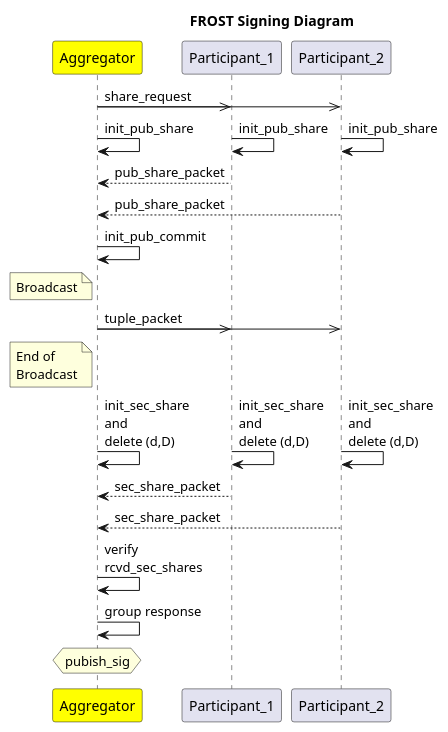
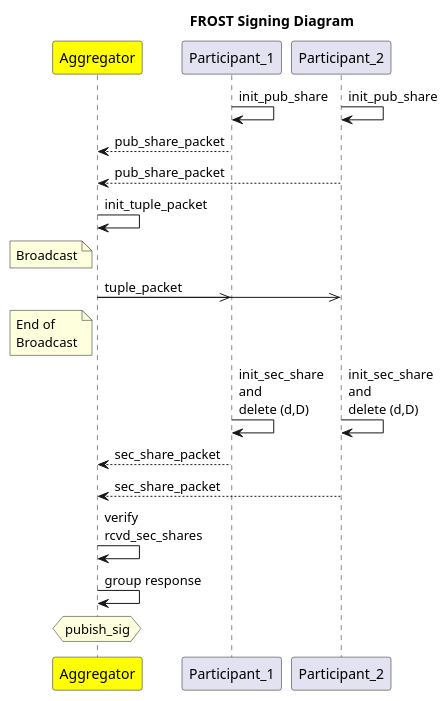
Before and after one commit to Jas0n00/FROST_thesis: the diagram in signing_scheme.puml, drawn with PlantUML. The commit also changed 15 other files, not shown here.

```diff
--- a/signing_scheme.puml
+++ b/signing_scheme.puml
@@ -1,37 +1,34 @@
 @startuml Signing Scheme
 title FROST Signing Diagram
 participant Aggregator as agg #Yellow
 participant Participant_1 as p1
 participant Participant_2 as p2
 
 
 !pragma teoz true
-agg ->> p1 : share_request
-& agg ->> p2 
 
-agg -> agg : init_pub_share
-& p1 -> p1 : init_pub_share
+
+p1 -> p1 : init_pub_share
 & p2 -> p2 : init_pub_share
 
 p1 --> agg : pub_share_packet
 p2 --> agg : pub_share_packet
 
-agg -> agg : init_pub_commit
+agg -> agg : init_tuple_packet
 
 note left of agg : Broadcast
 agg ->> p1 : tuple_packet
 & agg ->> p2 
 note left of agg : End of \nBroadcast
 
-agg -> agg : init_sec_share\nand \ndelete (d,D)
-& p1 -> p1 : init_sec_share\nand \ndelete (d,D)
+p1 -> p1 : init_sec_share\nand \ndelete (d,D)
 & p2 -> p2 : init_sec_share\nand \ndelete (d,D)
 
 p1 --> agg : sec_share_packet
 p2 --> agg : sec_share_packet
 
 agg -> agg : verify \nrcvd_sec_shares
 agg -> agg : group response
 hnote over agg : pubish_sig
 
 @enduml
```
